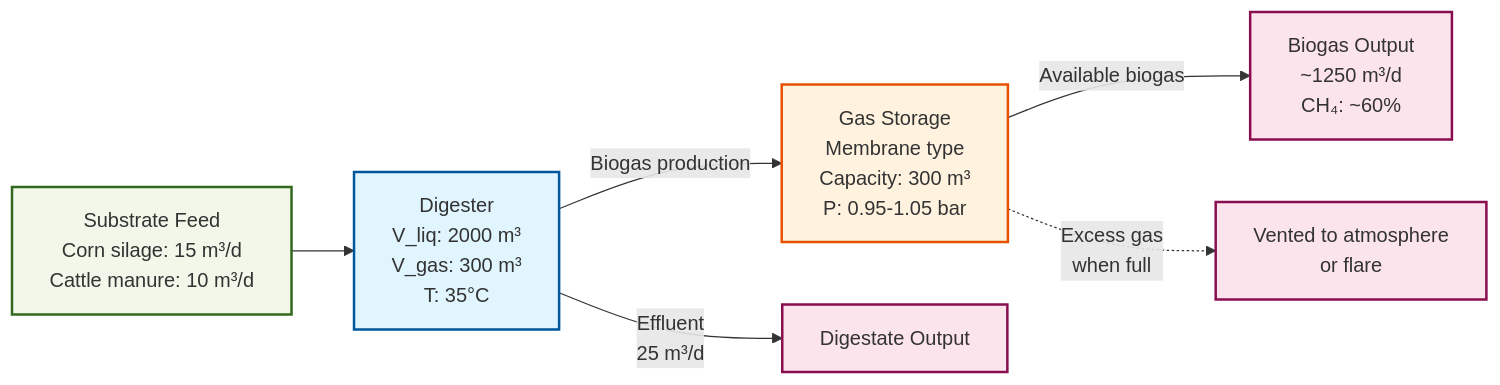
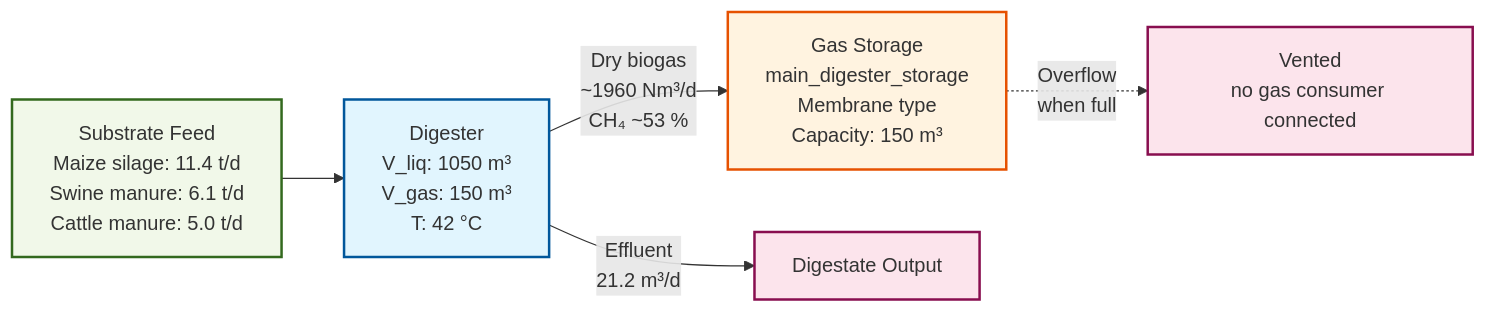
One commit to dgaida/PyADM1ODE changed the diagram in docs/en/examples/basic_digester.md. Above: the diagram before and after it, drawn with Mermaid. The commit also changed other lines of this file and 181 other files, not shown here.

````diff
--- a/docs/en/examples/basic_digester.md
+++ b/docs/en/examples/basic_digester.md
@@ -9,31 +14,28 @@
 ```mermaid
 graph LR
     %% Substrate input
-    Feed[Substrate Feed<br/>Corn silage: 15 m³/d<br/>Cattle manure: 10 m³/d] --> Digester
+    Feed[Substrate Feed<br/>Maize silage: 11.4 t/d<br/>Swine manure: 6.1 t/d<br/>Cattle manure: 5.0 t/d] --> Digester
 
     %% Main digester
-    Digester[Digester<br/>V_liq: 2000 m³<br/>V_gas: 300 m³<br/>T: 35°C]
+    Digester[Digester<br/>V_liq: 1050 m³<br/>V_gas: 150 m³<br/>T: 42 °C]
 
-    %% Integrated gas storage
-    Digester -->|Biogas production| Storage[Gas Storage<br/>Membrane type<br/>Capacity: 300 m³<br/>P: 0.95-1.05 bar]
+    %% Separate gas storage component
+    Digester -->|Dry biogas<br/>~1960 Nm³/d<br/>CH₄ ~53 %| Storage[Gas Storage<br/>main_digester_storage<br/>Membrane type<br/>Capacity: 150 m³]
 
-    %% Gas output
-    Storage -->|Available biogas| Output[Biogas Output<br/>~1250 m³/d<br/>CH₄: ~60%]
-
-    %% Excess venting
-    Storage -.->|Excess gas<br/>when full| Vent[Vented to atmosphere<br/>or flare]
+    %% No gas consumer in this example
+    Storage -.->|Overflow<br/>when full| Vent[Vented<br/>no gas consumer connected]
 
     %% Liquid output
-    Digester -->|Effluent<br/>25 m³/d| Effluent[Digestate Output]
+    Digester -->|Effluent<br/>21.2 m³/d| Effluent[Digestate Output]
 
     %% Styling
     classDef processBox fill:#e1f5fe,stroke:#01579b,stroke-width:2px
     classDef storageBox fill:#fff3e0,stroke:#e65100,stroke-width:2px
     classDef inputBox fill:#f1f8e9,stroke:#33691e,stroke-width:2px
     classDef outputBox fill:#fce4ec,stroke:#880e4f,stroke-width:2px
 
     class Digester processBox
     class Storage storageBox
     class Feed inputBox
-    class Output,Effluent,Vent outputBox
+    class Effluent,Vent outputBox
 ```
````
